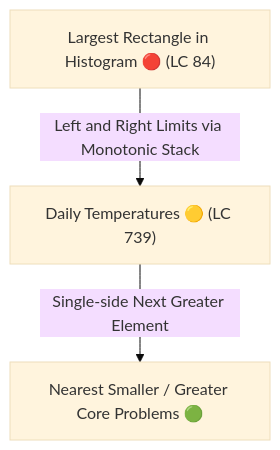
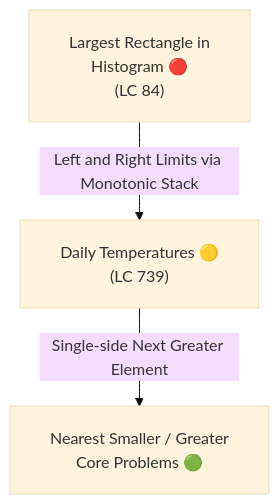
Before and after one commit to dip4k/DSA_102: diagram 16 of 19 in Senior_dsa_question_list.md, drawn with Mermaid (base theme). The commit also changed other lines of this file and 108 other files, not shown here.

First line of the commit message:
fix(mermaid): resolve diagram clipping, padding, and syntax issues across repo

````diff
--- a/Senior_dsa_question_list.md
+++ b/Senior_dsa_question_list.md
@@ -1051,5 +1066,6 @@
 ```mermaid
+%%{init: {"flowchart": {"htmlLabels": true, "padding": 20}}}%%
 flowchart TD
-    A["Largest Rectangle in Histogram 🔴 (LC 84)"] -->|Left and Right Limits via Monotonic Stack| B["Daily Temperatures 🟡 (LC 739)"]
-    B -->|Single-side Next Greater Element| C["Nearest Smaller / Greater Core Problems 🟢"]
+    A["Largest Rectangle in<br/>Histogram 🔴<br/>(LC 84)"] -->|Left and Right Limits via Monotonic Stack| B["Daily Temperatures 🟡<br/>(LC 739)"]
+    B -->|Single-side Next Greater Element| C["Nearest Smaller / Greater<br/>Core Problems 🟢"]
 ```
````
